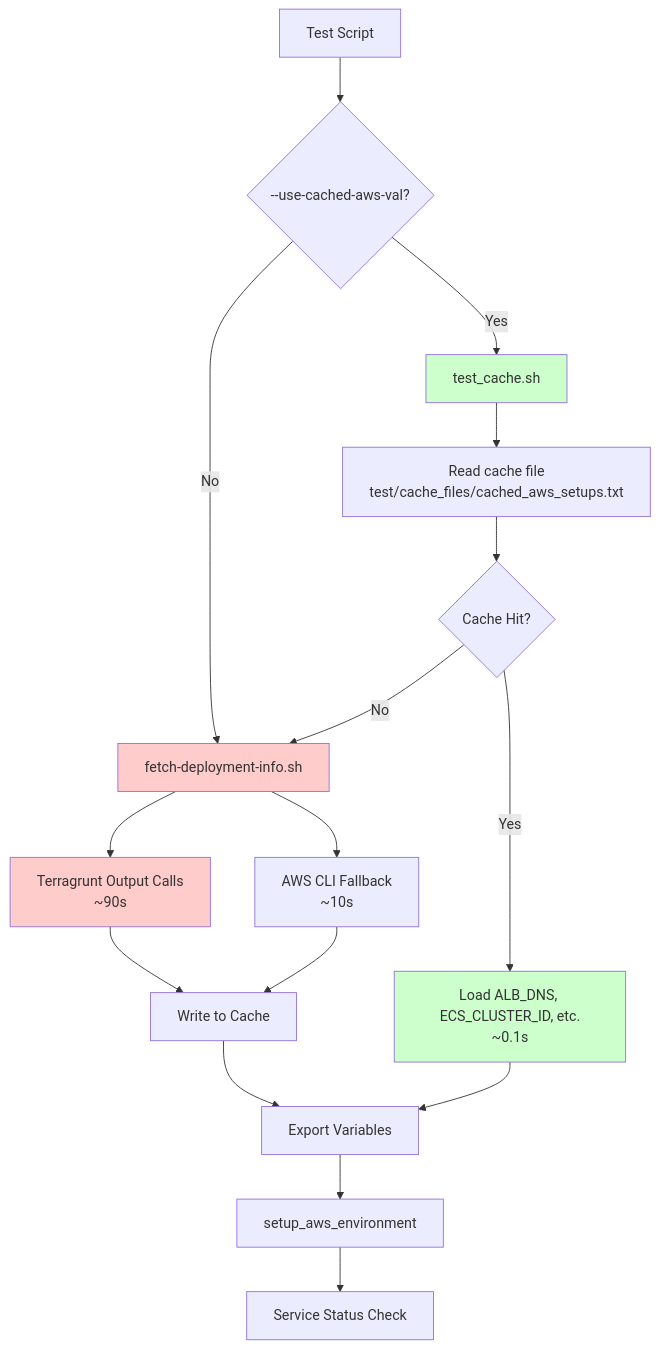
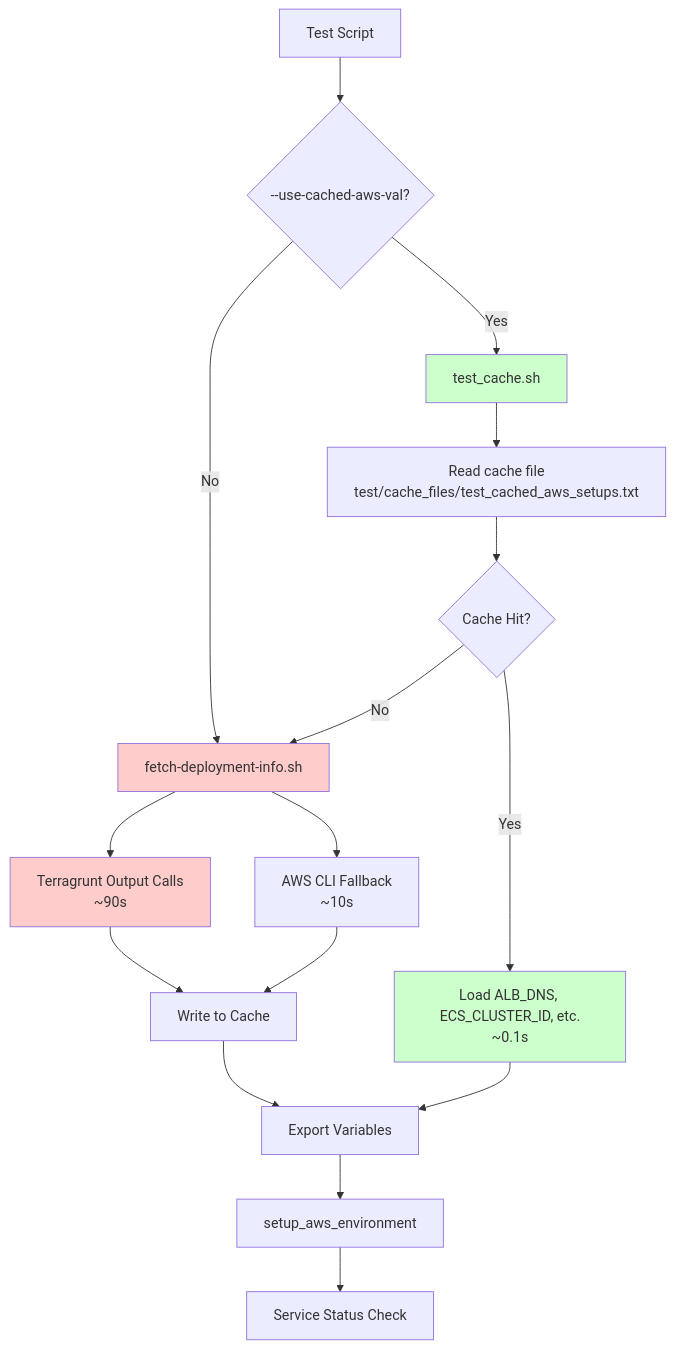
Before and after one commit to horselord-joe-8053/ultra-fru-genai-analytics: the fifth of 7 diagrams in PERFORMANCE_BREAKDOWN.md, drawn with Mermaid. The commit also changed other lines of this file and 17 other files, not shown here.

````diff
--- a/PERFORMANCE_BREAKDOWN.md
+++ b/PERFORMANCE_BREAKDOWN.md
@@ -388,26 +388,26 @@
 ```mermaid
 graph TD
     A[Test Script] --> B{--use-cached-aws-val?}
     B -->|Yes| C[test_cache.sh]
     B -->|No| D[fetch-deployment-info.sh]
     
-    C --> E[Read cache file<br/>test/cache_files/cached_aws_setups.txt]
+    C --> E[Read cache file<br/>test/cache_files/test_cached_aws_setups.txt]
     E --> F{Cache Hit?}
     F -->|Yes| G[Load ALB_DNS, ECS_CLUSTER_ID, etc.<br/>~0.1s]
     F -->|No| D
     
     D --> H[Terragrunt Output Calls<br/>~90s]
     D --> I[AWS CLI Fallback<br/>~10s]
     H --> J[Write to Cache]
     I --> J
     J --> K[Export Variables]
     G --> K
     
     K --> L[setup_aws_environment]
     L --> M[Service Status Check]
     
     style C fill:#ccffcc
     style D fill:#ffcccc
     style G fill:#ccffcc
     style H fill:#ffcccc
 ```
````
